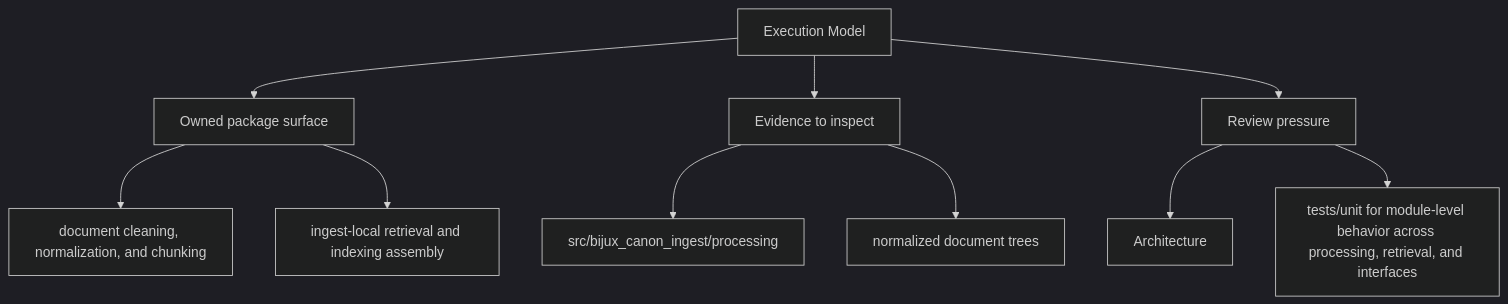
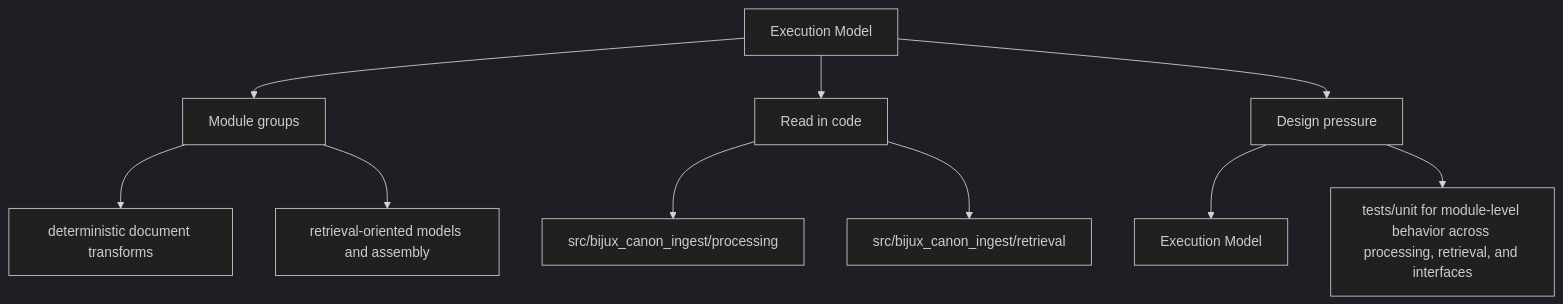
Before and after one commit to bijux/bijux-canon: the second of 2 diagrams in docs/bijux-canon-ingest/architecture/execution-model.md, drawn with Mermaid (dark theme). The commit also changed other lines of this file and 250 other files, not shown here.

Commit message:
docs(diagrams): make product page maps more readable

````diff
--- a/docs/bijux-canon-ingest/architecture/execution-model.md
+++ b/docs/bijux-canon-ingest/architecture/execution-model.md
@@ -36,22 +36,22 @@
 ```mermaid
 flowchart TD
     page["Execution Model"]
-    focus1["Owned package surface"]
+    focus1["Module groups"]
     page --> focus1
-    focus1_1["document cleaning, normalization, and chunking"]
+    focus1_1["deterministic document transforms"]
     focus1 --> focus1_1
-    focus1_2["ingest-local retrieval and indexing assembly"]
+    focus1_2["retrieval-oriented models and assembly"]
     focus1 --> focus1_2
-    focus2["Evidence to inspect"]
+    focus2["Read in code"]
     page --> focus2
     focus2_1["src/bijux_canon_ingest/processing"]
     focus2 --> focus2_1
-    focus2_2["normalized document trees"]
+    focus2_2["src/bijux_canon_ingest/retrieval"]
     focus2 --> focus2_2
-    focus3["Review pressure"]
+    focus3["Design pressure"]
     page --> focus3
-    focus3_1["Architecture"]
+    focus3_1["Execution Model"]
     focus3 --> focus3_1
     focus3_2["tests/unit for module-level behavior across processing, retrieval, and interfaces"]
     focus3 --> focus3_2
 ```
````
